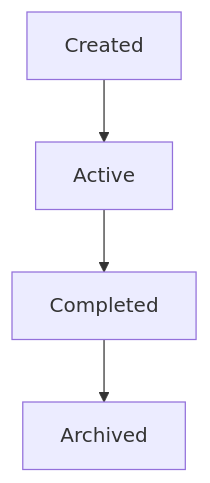
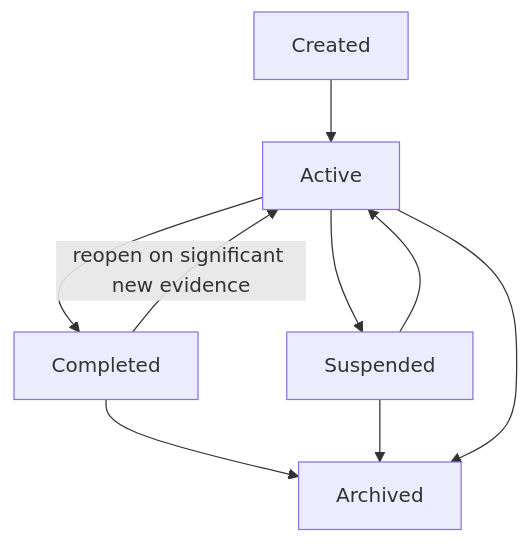
The third of 8 diagrams in docs/04-backend/domain-model.md (koraayoztuurk/SentinelAI), drawn with Mermaid before and after one commit. The commit also changed other lines of this file and 66 other files, not shown here.

````diff
--- a/docs/04-backend/domain-model.md
+++ b/docs/04-backend/domain-model.md
@@ -840,4 +881,8 @@
 ```mermaid
 flowchart TD
 	Created --> Active --> Completed --> Archived
+	Active --> Suspended --> Active
+	Suspended --> Archived
+	Completed -->|reopen on significant new evidence| Active
+	Active --> Archived
 ```
````
